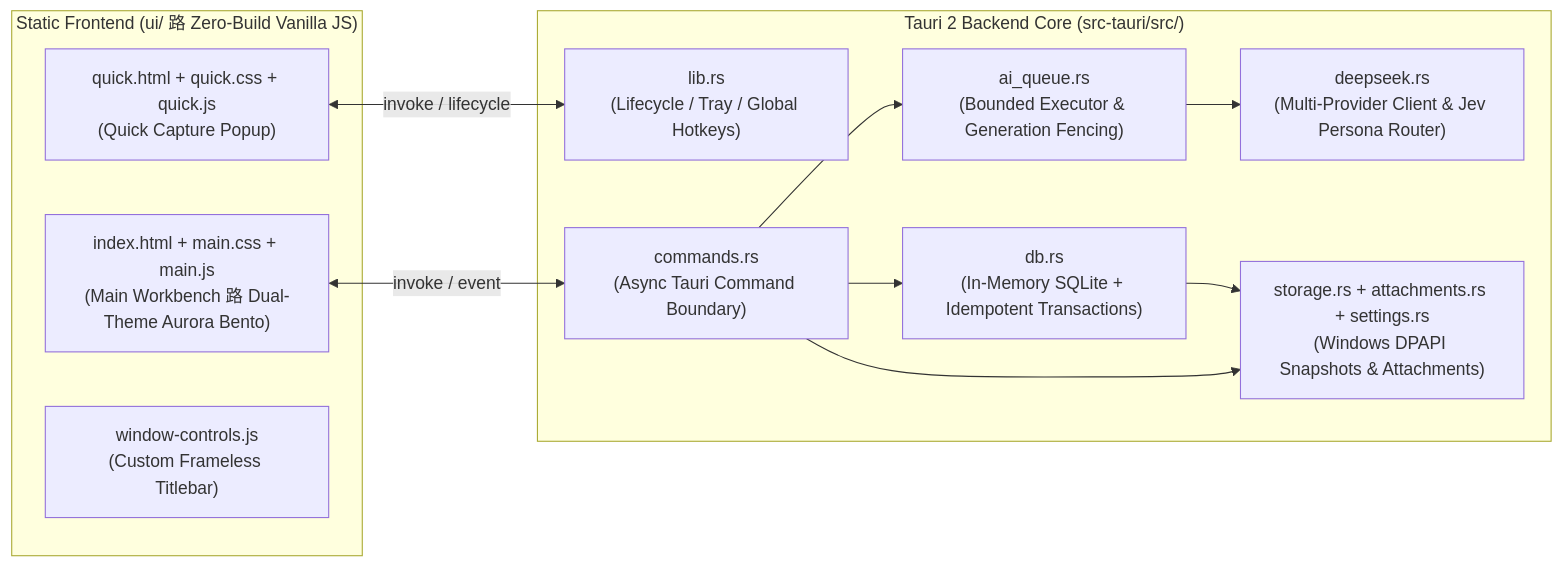
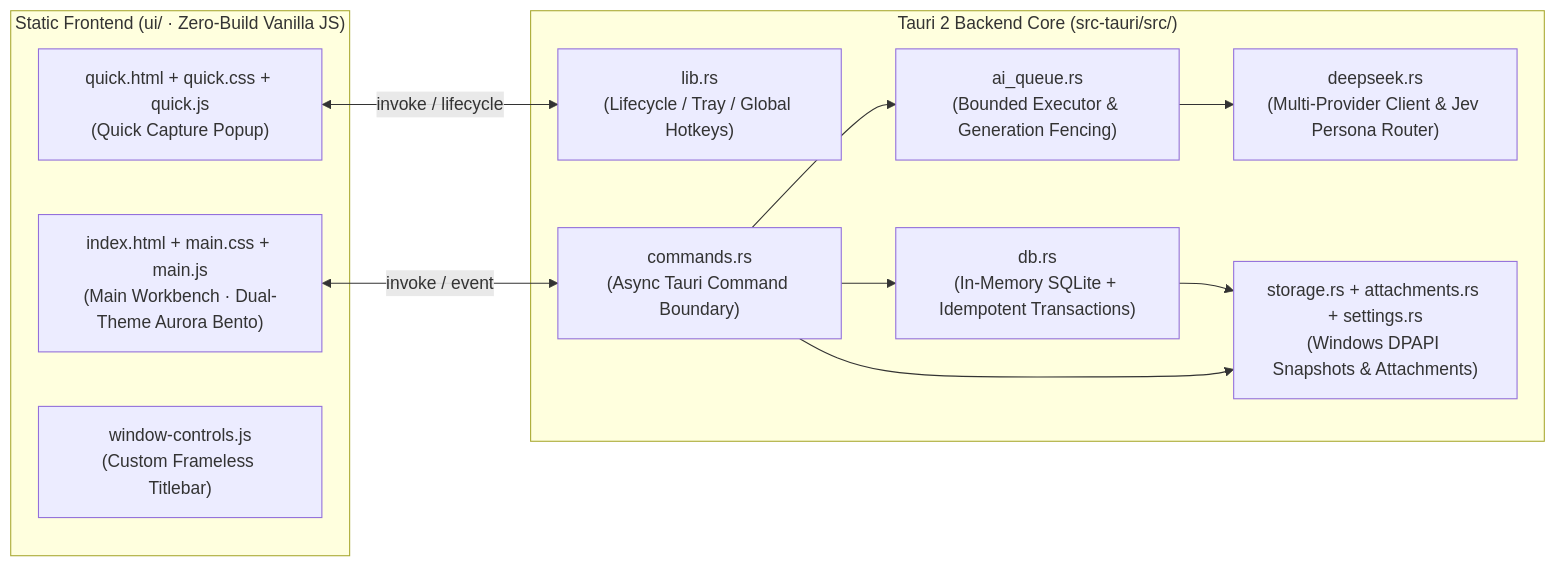
The diagram in README_EN.md (callme707/task_vault), drawn with Mermaid before and after one commit. The commit also changed other lines of this file and 1 other file, not shown here.

````diff
--- a/README_EN.md
+++ b/README_EN.md
@@ -96,25 +96,25 @@
 ```mermaid
 flowchart LR
-  subgraph Frontend["Static Frontend (ui/ 路 Zero-Build Vanilla JS)"]
-    MainUI["index.html + main.css + main.js<br/>(Main Workbench 路 Dual-Theme Aurora Bento)"]
+  subgraph Frontend["Static Frontend (ui/ · Zero-Build Vanilla JS)"]
+    MainUI["index.html + main.css + main.js<br/>(Main Workbench · Dual-Theme Aurora Bento)"]
     QuickUI["quick.html + quick.css + quick.js<br/>(Quick Capture Popup)"]
     WinCtrl["window-controls.js<br/>(Custom Frameless Titlebar)"]
   end
 
   subgraph Backend["Tauri 2 Backend Core (src-tauri/src/)"]
     Lib["lib.rs<br/>(Lifecycle / Tray / Global Hotkeys)"]
     Cmd["commands.rs<br/>(Async Tauri Command Boundary)"]
     Queue["ai_queue.rs<br/>(Bounded Executor & Generation Fencing)"]
     LLM["deepseek.rs<br/>(Multi-Provider Client & Jev Persona Router)"]
     DB["db.rs<br/>(In-Memory SQLite + Idempotent Transactions)"]
     Vault["storage.rs + attachments.rs + settings.rs<br/>(Windows DPAPI Snapshots & Attachments)"]
   end
 
   MainUI <-->|"invoke / event"| Cmd
   QuickUI <-->|"invoke / lifecycle"| Lib
   Cmd --> DB
   Cmd --> Queue
   Queue --> LLM
   DB --> Vault
   Cmd --> Vault
 ```
````
